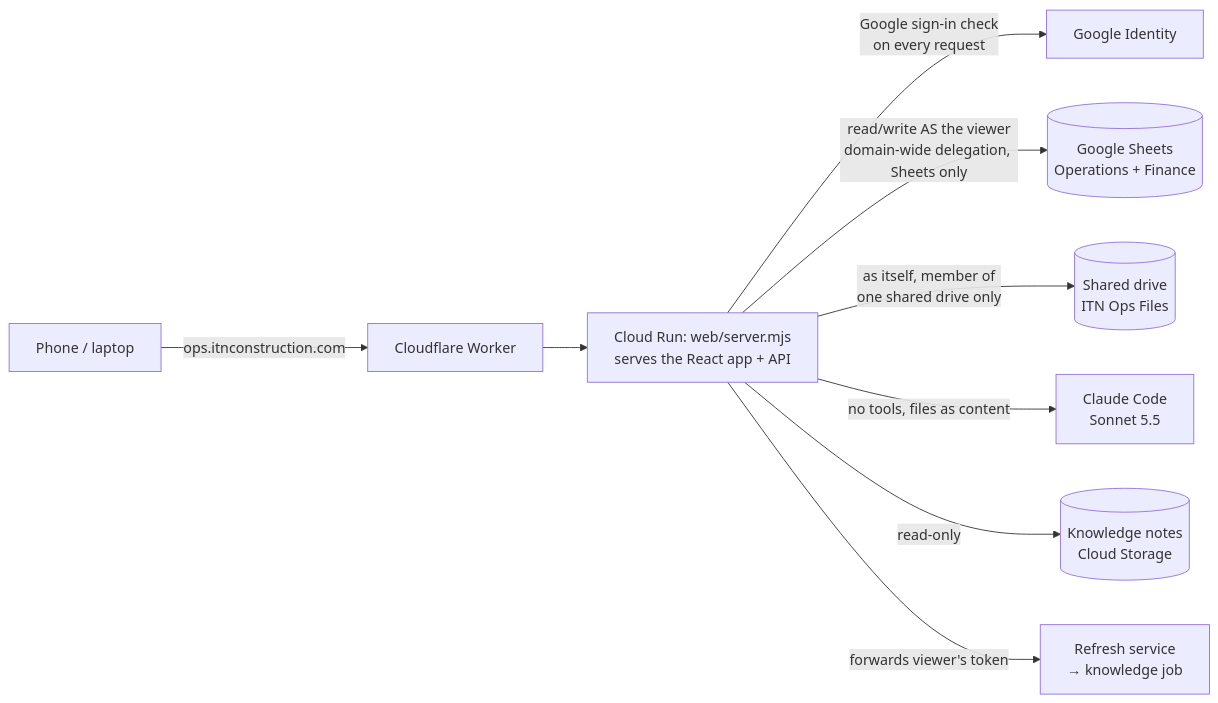
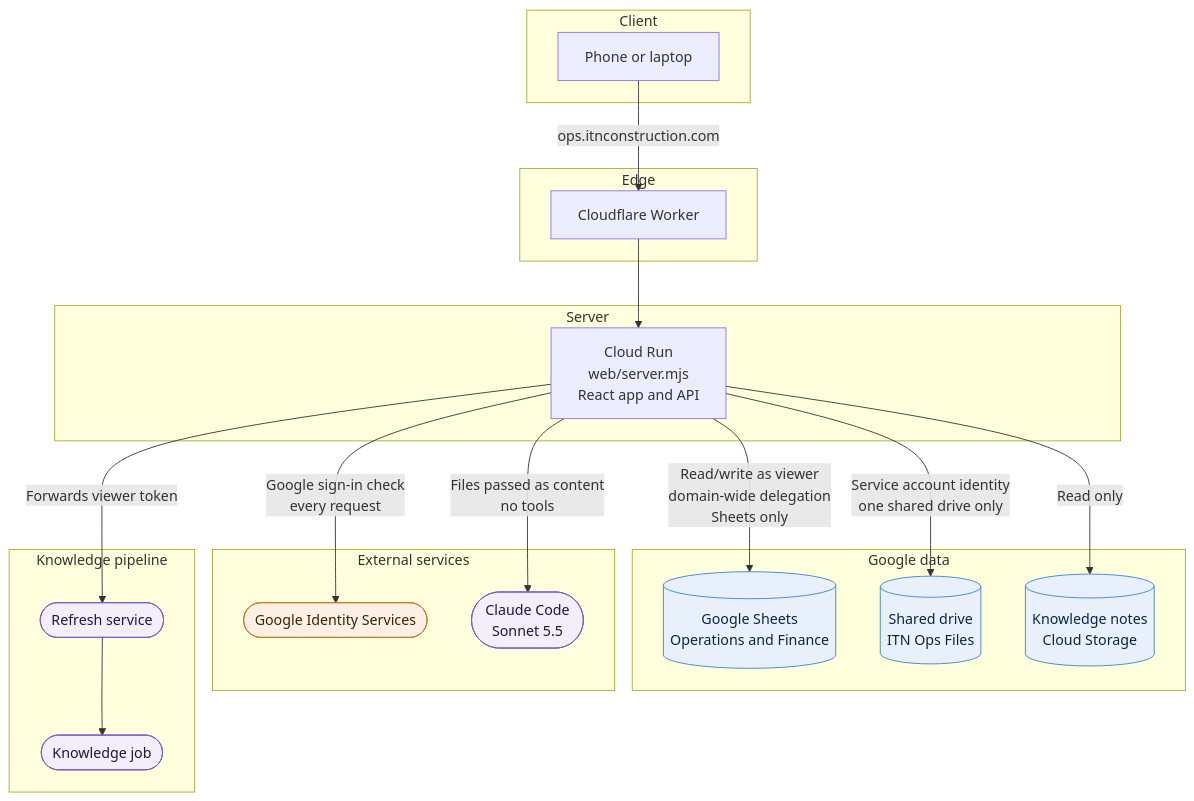
The first of 2 diagrams in README.md (Shiverion/itn-ops-dashboard), drawn with Mermaid before and after one commit. The commit also changed other lines of this file, not shown here.

Commit message:
docs(readme): redraw system design diagrams in Mermaid

````diff
--- a/README.md
+++ b/README.md
@@ -43,11 +43,47 @@
 ```mermaid
-flowchart LR
-  phone[Phone / laptop] -->|ops.itnconstruction.com| cf[Cloudflare Worker]
-  cf --> run[Cloud Run: web/server.mjs<br/>serves the React app + API]
-  run -->|Google sign-in check<br/>on every request| gis[Google Identity]
-  run -->|read/write AS the viewer<br/>domain-wide delegation, Sheets only| sheets[(Google Sheets<br/>Operations + Finance)]
-  run -->|as itself, member of<br/>one shared drive only| drive[(Shared drive<br/>ITN Ops Files)]
-  run -->|no tools, files as content| ai[Claude Code<br/>Sonnet 5.5]
-  run -->|read-only| notes[(Knowledge notes<br/>Cloud Storage)]
-  run -->|forwards viewer's token| refresh[Refresh service<br/>→ knowledge job]
+flowchart TD
+  subgraph Client["Client"]
+    User["Phone or laptop"]
+  end
+
+  subgraph Edge["Edge"]
+    Worker["Cloudflare Worker"]
+  end
+
+  subgraph Server["Server"]
+    Run["Cloud Run<br/>web/server.mjs<br/>React app and API"]
+  end
+
+  subgraph Data["Google data"]
+    Sheets[("Google Sheets<br/>Operations and Finance")]
+    Drive[("Shared drive<br/>ITN Ops Files")]
+    Notes[("Knowledge notes<br/>Cloud Storage")]
+  end
+
+  subgraph External["External services"]
+    Identity(["Google Identity Services"])
+    Claude(["Claude Code<br/>Sonnet 5.5"])
+  end
+
+  subgraph Pipeline["Knowledge pipeline"]
+    Refresh(["Refresh service"])
+    Job(["Knowledge job"])
+  end
+
+  User -->|"ops.itnconstruction.com"| Worker
+  Worker --> Run
+  Run -->|"Google sign-in check<br/>every request"| Identity
+  Run -->|"Read/write as viewer<br/>domain-wide delegation<br/>Sheets only"| Sheets
+  Run -->|"Service account identity<br/>one shared drive only"| Drive
+  Run -->|"Files passed as content<br/>no tools"| Claude
+  Run -->|"Read only"| Notes
+  Run -->|"Forwards viewer token"| Refresh
+  Refresh --> Job
+
+  classDef store fill:#e8f1fb,stroke:#3b82c4,color:#0b2540
+  classDef ext fill:#f3effa,stroke:#7c5cbf,color:#24123f
+  classDef guard fill:#fdf1e6,stroke:#c77a2a,color:#3d2206
+  class Sheets,Drive,Notes store
+  class Claude,Refresh,Job ext
+  class Identity guard
 ```
````
